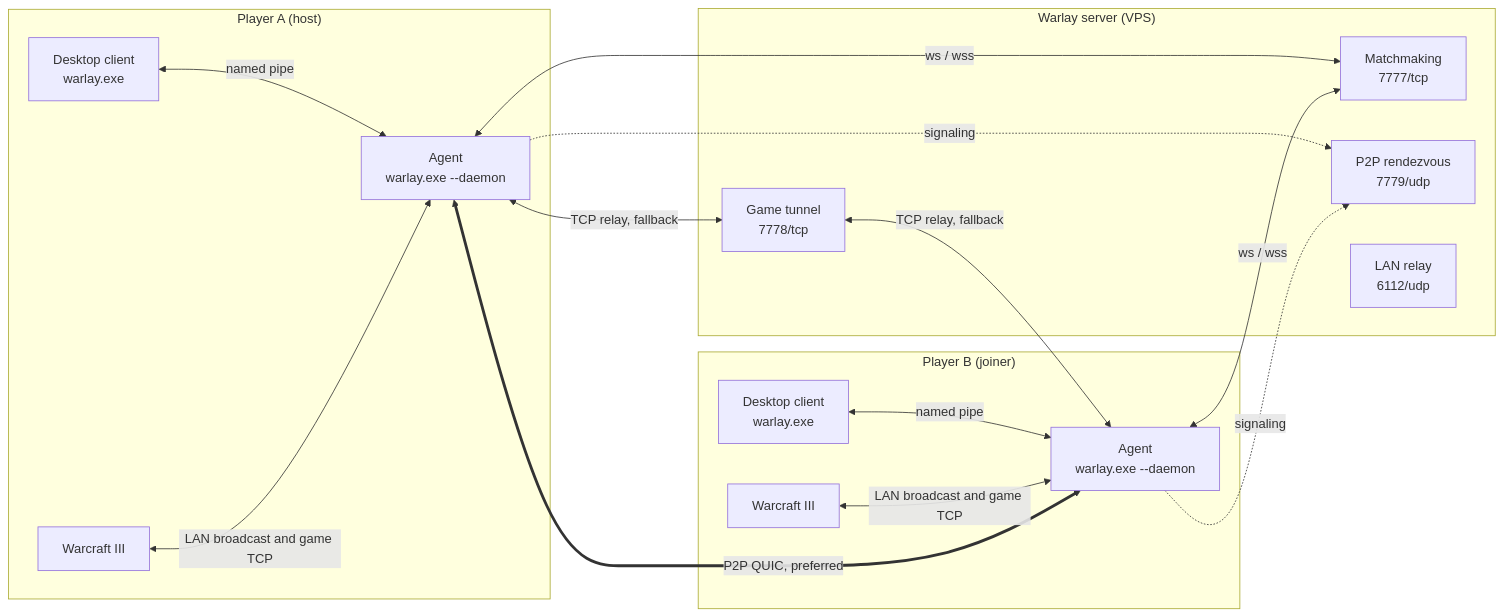
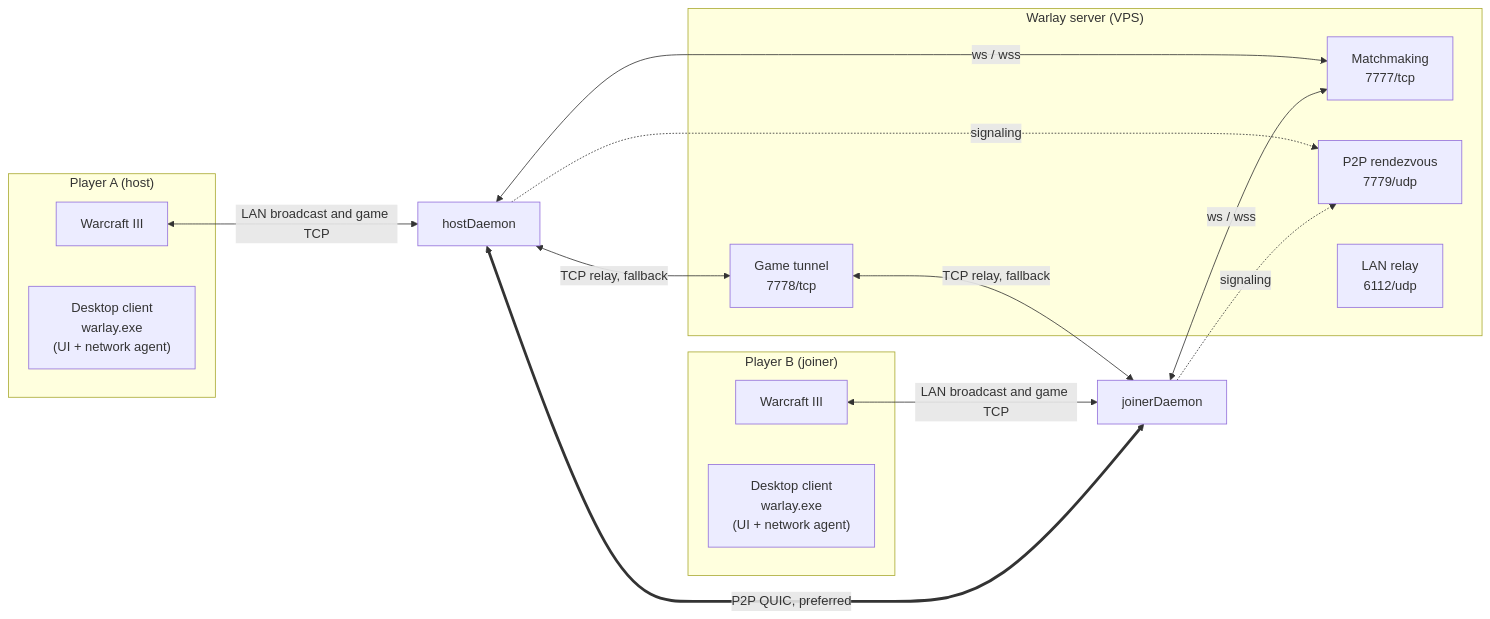
One commit to jhonsferg/warlay changed the first of 4 diagrams in README.md. Above: the diagram before and after it, drawn with Mermaid. The commit also changed other lines of this file, not shown here.

Commit message:
docs: elimina el daemon de la arquitectura y la guía de build

````diff
--- a/README.md
+++ b/README.md
@@ -70,35 +70,31 @@
 ```mermaid
 flowchart LR
     subgraph host["Player A (host)"]
         hostGame["Warcraft III"]
-        hostUi["Desktop client<br/>warlay.exe"]
-        hostDaemon["Agent<br/>warlay.exe --daemon"]
+        hostClient["Desktop client<br/>warlay.exe<br/>(UI + network agent)"]
     end
 
     subgraph hub["Warlay server (VPS)"]
         matchmaking["Matchmaking<br/>7777/tcp"]
         tunnel["Game tunnel<br/>7778/tcp"]
         rendezvous["P2P rendezvous<br/>7779/udp"]
         lanRelay["LAN relay<br/>6112/udp"]
     end
 
     subgraph joiner["Player B (joiner)"]
         joinerGame["Warcraft III"]
-        joinerUi["Desktop client<br/>warlay.exe"]
-        joinerDaemon["Agent<br/>warlay.exe --daemon"]
+        joinerClient["Desktop client<br/>warlay.exe<br/>(UI + network agent)"]
     end
 
-    hostUi <-->|named pipe| hostDaemon
-    joinerUi <-->|named pipe| joinerDaemon
     hostGame <-->|LAN broadcast and game TCP| hostDaemon
     joinerGame <-->|LAN broadcast and game TCP| joinerDaemon
 
     hostDaemon <-->|ws / wss| matchmaking
     joinerDaemon <-->|ws / wss| matchmaking
     hostDaemon -.->|signaling| rendezvous
     joinerDaemon -.->|signaling| rendezvous
 
     hostDaemon <==>|P2P QUIC, preferred| joinerDaemon
     hostDaemon <-->|TCP relay, fallback| tunnel
     tunnel <-->|TCP relay, fallback| joinerDaemon
 ```
````
